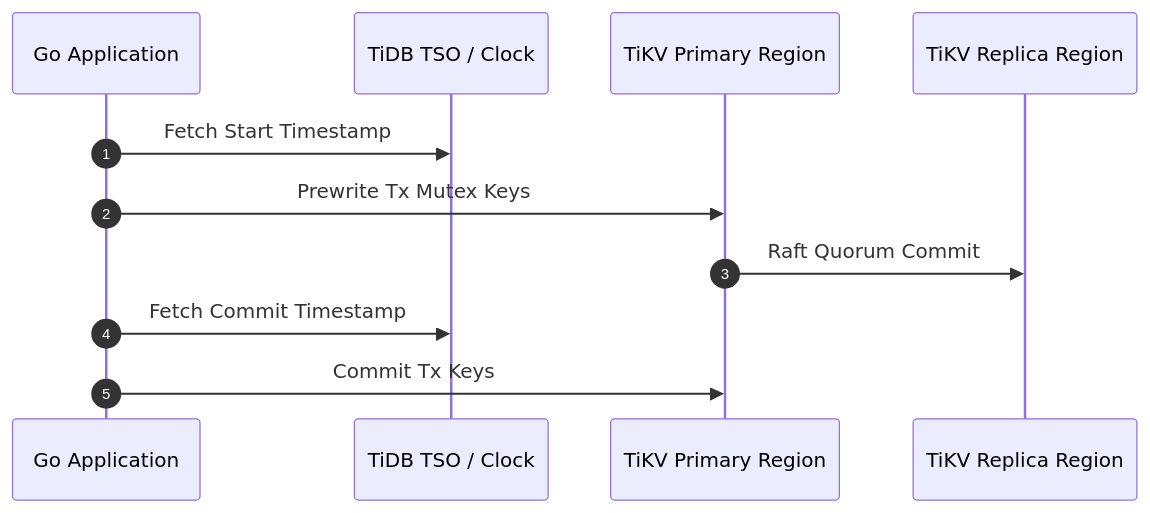
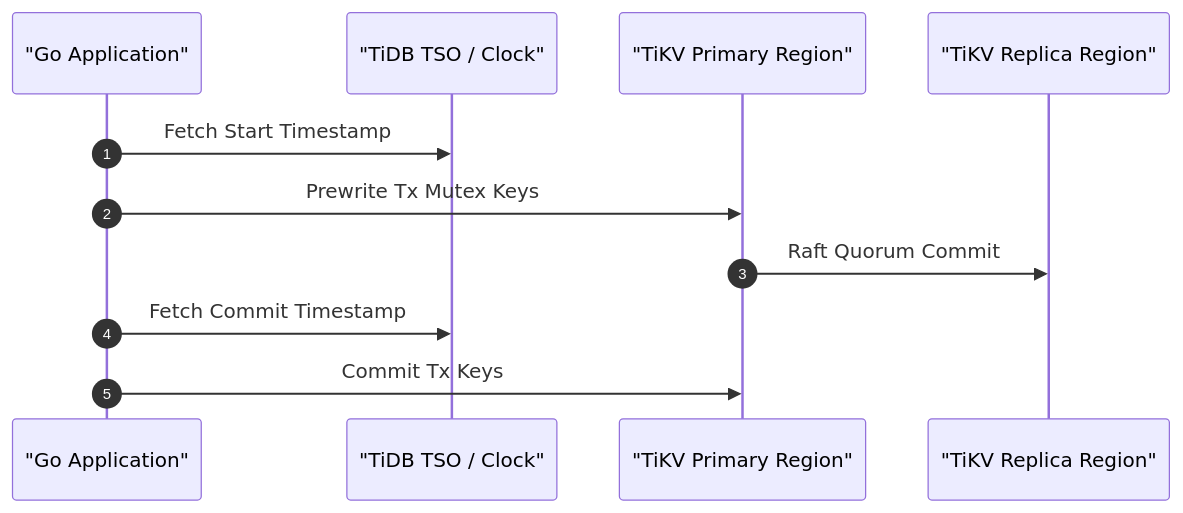
The diagram in content/series/core-banking-architecture/part-2-distributed-sql-acid-latency.md (vesviet/vesviet), drawn with Mermaid before and after one commit. The commit also changed other lines of this file and 331 other files, not shown here.

````diff
--- a/content/series/core-banking-architecture/part-2-distributed-sql-acid-latency.md
+++ b/content/series/core-banking-architecture/part-2-distributed-sql-acid-latency.md
@@ -36,13 +36,13 @@
 ```mermaid
 sequenceDiagram
     autonumber
-    participant App as Go Application
-    participant TSO as TiDB TSO / Clock
-    participant KV as TiKV Primary Region
-    participant Rep as TiKV Replica Region
+    participant App as "Go Application"
+    participant TSO as "TiDB TSO / Clock"
+    participant KV as "TiKV Primary Region"
+    participant Rep as "TiKV Replica Region"
     App->>TSO: Fetch Start Timestamp
     App->>KV: Prewrite Tx Mutex Keys
     KV->>Rep: Raft Quorum Commit
     App->>TSO: Fetch Commit Timestamp
     App->>KV: Commit Tx Keys
 ```
````
